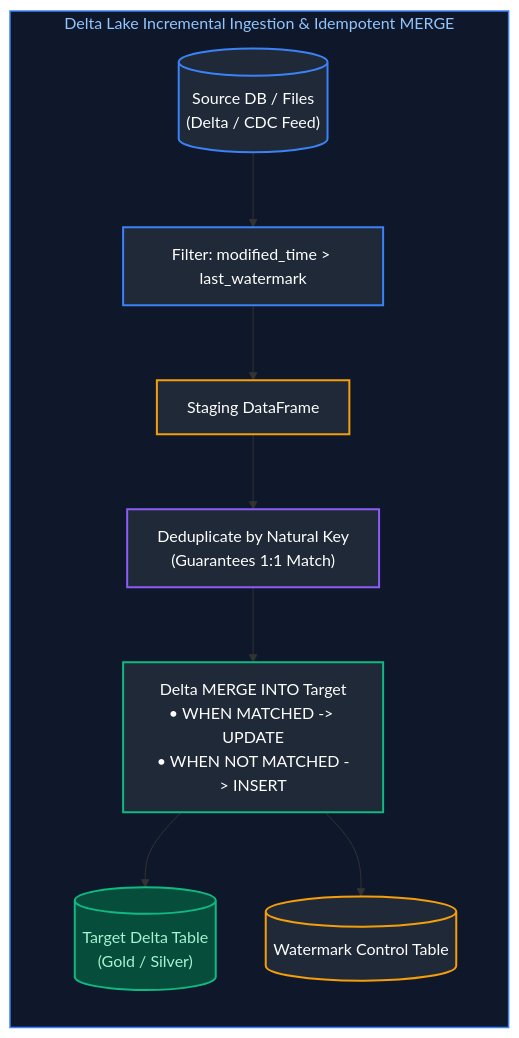
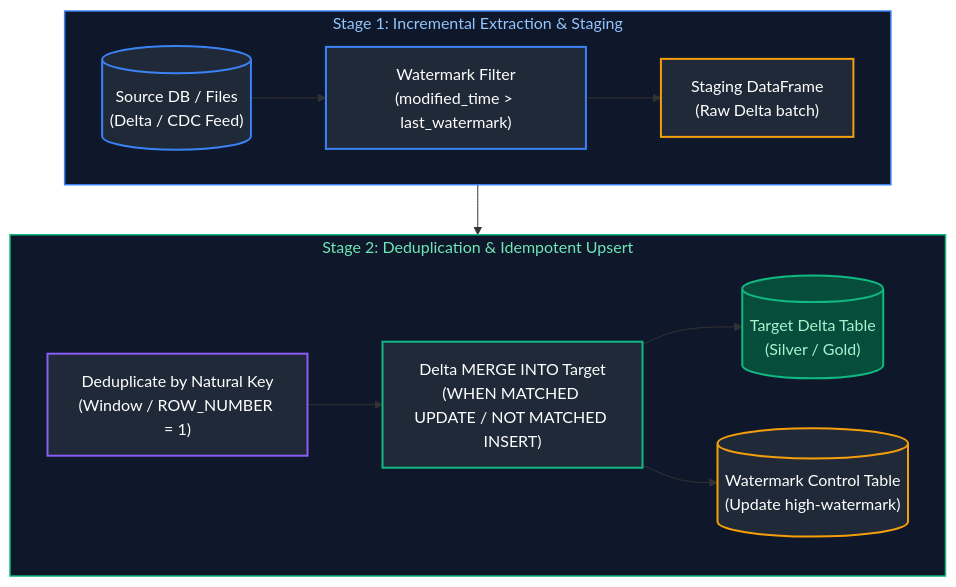
Before and after one commit to joydeep-biswas/Interview-Preparation: the second of 5 diagrams in Data Engineering/frequently_asked_questions/06_databricks_and_delta_lake.md, drawn with Mermaid. The commit also changed other lines of this file and 76 other files, not shown here.

Commit message:
Updated Charts

````diff
--- a/Data Engineering/frequently_asked_questions/06_databricks_and_delta_lake.md
+++ b/Data Engineering/frequently_asked_questions/06_databricks_and_delta_lake.md
@@ -106,20 +106,26 @@
 ```mermaid
-flowchart LR
-    subgraph IncrementalPipeline ["Delta Lake Incremental Ingestion & Idempotent MERGE"]
-        Source[("Source DB / Files<br/>(Delta / CDC Feed)")] --> Filter["Filter: modified_time > last_watermark"]
-        Filter --> Staging["Staging DataFrame"]
-        Staging --> Dedup["Deduplicate by Natural Key<br/>(Guarantees 1:1 Match)"]
-        Dedup --> MergeOp["Delta MERGE INTO Target<br/>• WHEN MATCHED -> UPDATE<br/>• WHEN NOT MATCHED -> INSERT"]
-        MergeOp --> Target[("Target Delta Table<br/>(Gold / Silver)")]
-        MergeOp --> Meta[("Watermark Control Table")]
+flowchart TD
+    subgraph Stage1 ["Stage 1: Incremental Extraction & Staging"]
+        direction LR
+        Source[("Source DB / Files<br/>(Delta / CDC Feed)")] --> Filter["Watermark Filter<br/>(modified_time > last_watermark)"] --> Staging["Staging DataFrame<br/>(Raw Delta batch)"]
     end
 
-    style IncrementalPipeline fill:#0f172a,stroke:#3b82f6,stroke-width:1.5px,color:#93c5fd
+    subgraph Stage2 ["Stage 2: Deduplication & Idempotent Upsert"]
+        direction LR
+        Dedup["Deduplicate by Natural Key<br/>(Window / ROW_NUMBER = 1)"] --> MergeOp["Delta MERGE INTO Target<br/>(WHEN MATCHED UPDATE / NOT MATCHED INSERT)"]
+        MergeOp --> Target[("Target Delta Table<br/>(Silver / Gold)")]
+        MergeOp --> Meta[("Watermark Control Table<br/>(Update high-watermark)")]
+    end
+
+    Staging --> Dedup
+
+    style Stage1 fill:#0f172a,stroke:#3b82f6,stroke-width:1.5px,color:#93c5fd
+    style Stage2 fill:#0f172a,stroke:#10b981,stroke-width:1.5px,color:#6ee7b7
     style Source fill:#1f2937,stroke:#3b82f6,stroke-width:2px,color:#fff
     style Filter fill:#1f2937,stroke:#3b82f6,stroke-width:2px,color:#fff
     style Staging fill:#1f2937,stroke:#f59e0b,stroke-width:2px,color:#fff
     style Dedup fill:#1f2937,stroke:#8b5cf6,stroke-width:2px,color:#fff
     style MergeOp fill:#1f2937,stroke:#10b981,stroke-width:2px,color:#fff
     style Target fill:#064e3b,stroke:#10b981,stroke-width:2px,color:#a7f3d0
     style Meta fill:#1f2937,stroke:#f59e0b,stroke-width:2px,color:#fff
 ```
````
